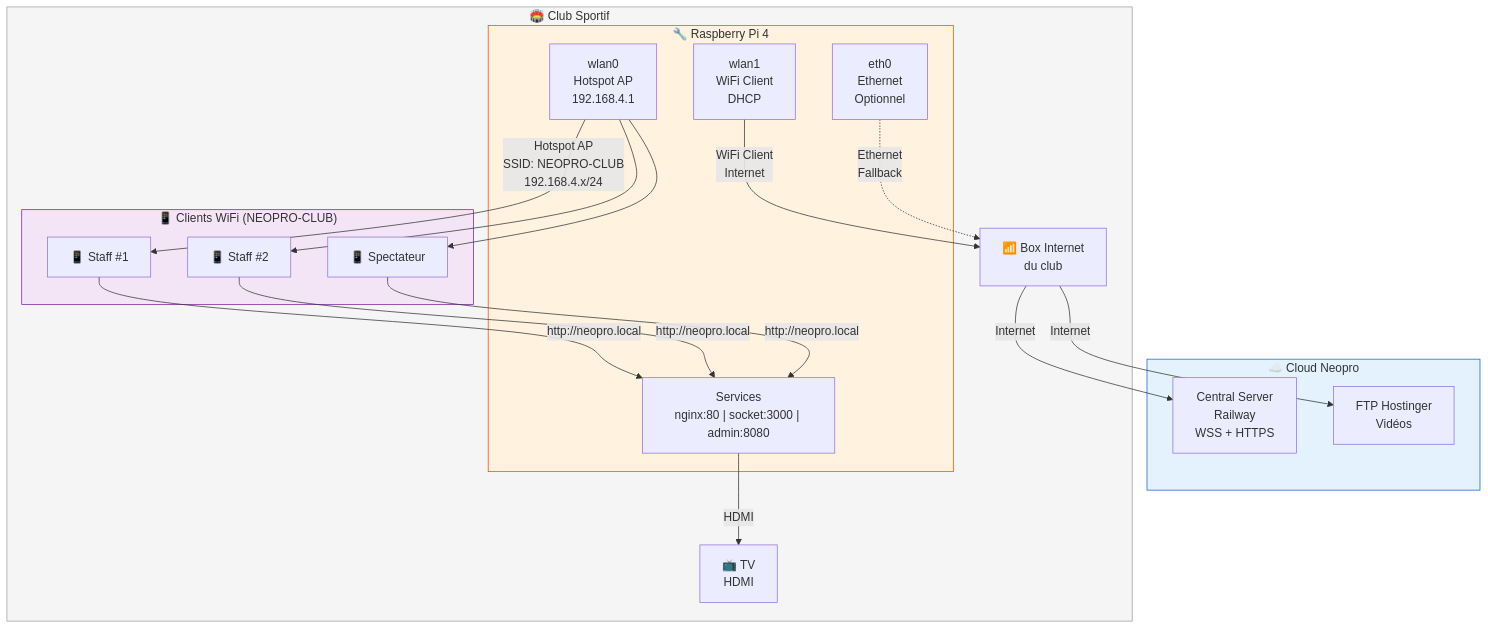
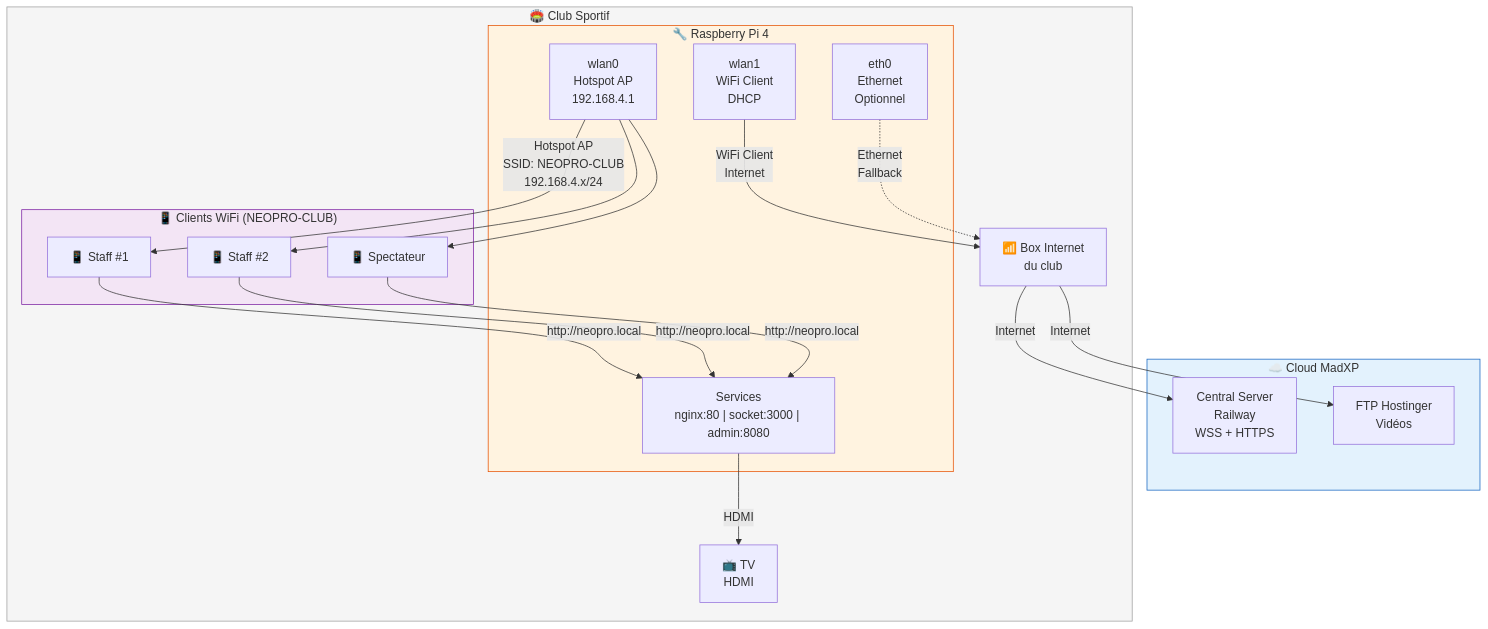
Before and after one commit to Tallec7/madxp: the first of 8 diagrams in docs/technical/diagrams/08-network-topology.md, drawn with Mermaid. The commit also changed other lines of this file and 181 other files, not shown here.

First line of the commit message:
docs(rebrand): rename brand mentions Neopro→MadXP (PR 1/N)

````diff
--- a/docs/technical/diagrams/08-network-topology.md
+++ b/docs/technical/diagrams/08-network-topology.md
@@ -7,45 +7,45 @@
 ```mermaid
 graph TB
-    subgraph CLOUD["☁️ Cloud Neopro"]
+    subgraph CLOUD["☁️ Cloud MadXP"]
         API["Central Server<br/>Railway<br/>WSS + HTTPS"]
         FTP["FTP Hostinger<br/>Vidéos"]
     end
 
     subgraph CLUB["🏟️ Club Sportif"]
         subgraph PI_NET["🔧 Raspberry Pi 4"]
             WLAN0["wlan0<br/>Hotspot AP<br/>192.168.4.1"]
             WLAN1["wlan1<br/>WiFi Client<br/>DHCP"]
             ETH0["eth0<br/>Ethernet<br/>Optionnel"]
             SERVICES["Services<br/>nginx:80 | socket:3000 | admin:8080"]
         end
 
         ROUTER["📶 Box Internet<br/>du club"]
         TV["📺 TV<br/>HDMI"]
 
         subgraph CLIENTS["📱 Clients WiFi (NEOPRO-CLUB)"]
             PHONE1["📱 Staff #1"]
             PHONE2["📱 Staff #2"]
             TABLET["📱 Spectateur"]
         end
     end
 
     WLAN1 -->|"WiFi Client<br/>Internet"| ROUTER
     ETH0 -.->|"Ethernet<br/>Fallback"| ROUTER
     ROUTER -->|"Internet"| API
     ROUTER -->|"Internet"| FTP
 
     WLAN0 -->|"Hotspot AP<br/>SSID: NEOPRO-CLUB<br/>192.168.4.x/24"| PHONE1
     WLAN0 --> PHONE2
     WLAN0 --> TABLET
 
     SERVICES -->|"HDMI"| TV
 
     PHONE1 -->|"http://neopro.local"| SERVICES
     PHONE2 -->|"http://neopro.local"| SERVICES
     TABLET -->|"http://neopro.local"| SERVICES
 
     style CLOUD fill:#e3f2fd,stroke:#1565C0
     style PI_NET fill:#fff3e0,stroke:#E65100
     style CLIENTS fill:#f3e5f5,stroke:#7B1FA2
     style CLUB fill:#f5f5f5,stroke:#9E9E9E
 ```
````
